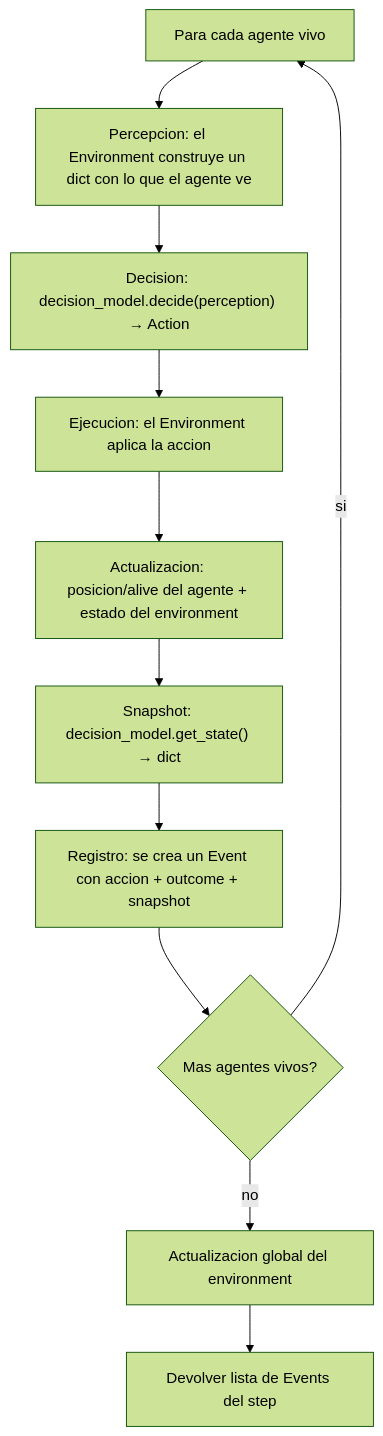
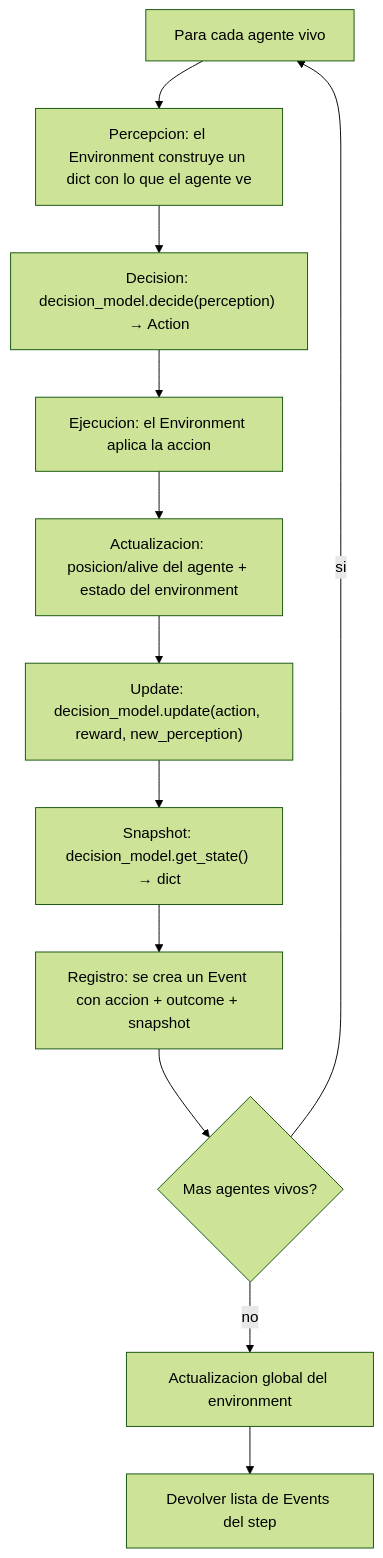
Before and after one commit to srfreire/labTFG: the second of 4 diagrams in phase2-juan/docs/DESIGN.md, drawn with Mermaid (forest theme). The commit also changed other lines of this file, not shown here.

````diff
--- a/phase2-juan/docs/DESIGN.md
+++ b/phase2-juan/docs/DESIGN.md
@@ -201,13 +203,14 @@
 ```mermaid
 flowchart TD
     START["Para cada agente vivo"] --> A["Percepcion: el Environment construye un dict con lo que el agente ve"]
     A --> B["Decision: decision_model.decide(perception) → Action"]
     B --> C["Ejecucion: el Environment aplica la accion"]
     C --> D["Actualizacion: posicion/alive del agente + estado del environment"]
-    D --> E["Snapshot: decision_model.get_state() → dict"]
+    D --> U["Update: decision_model.update(action, reward, new_perception)"]
+    U --> E["Snapshot: decision_model.get_state() → dict"]
     E --> F["Registro: se crea un Event con accion + outcome + snapshot"]
     F --> G{"Mas agentes vivos?"}
     G -- si --> START
     G -- no --> H["Actualizacion global del environment"]
     H --> FIN["Devolver lista de Events del step"]
 ```
````
